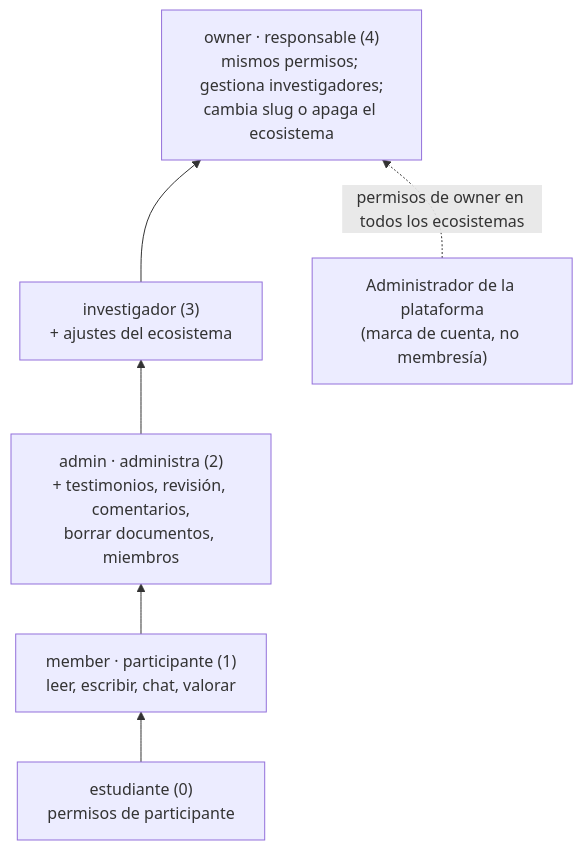
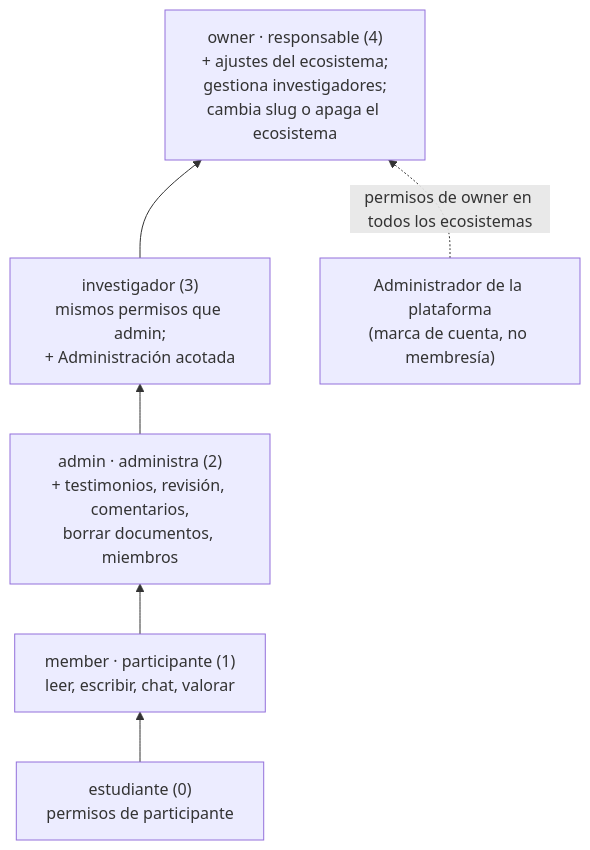
One commit to ecosistemas-de-conocimiento/ecosistemas-de-conocimiento changed the first of 2 diagrams in docs/02-requisitos/matriz-roles-y-permisos.md. Above: the diagram before and after it, drawn with Mermaid. The commit also changed other lines of this file and 8 other files, not shown here.

````diff
--- a/docs/02-requisitos/matriz-roles-y-permisos.md
+++ b/docs/02-requisitos/matriz-roles-y-permisos.md
@@ -44,8 +44,8 @@
 ```mermaid
 flowchart BT
   E["estudiante (0)<br/>permisos de participante"] --> M["member · participante (1)<br/>leer, escribir, chat, valorar"]
   M --> A["admin · administra (2)<br/>+ testimonios, revisión, comentarios,<br/>borrar documentos, miembros"]
-  A --> I["investigador (3)<br/>+ ajustes del ecosistema"]
-  I --> O["owner · responsable (4)<br/>mismos permisos; gestiona investigadores;<br/>cambia slug o apaga el ecosistema"]
+  A --> I["investigador (3)<br/>mismos permisos que admin;<br/>+ Administración acotada"]
+  I --> O["owner · responsable (4)<br/>+ ajustes del ecosistema;<br/>gestiona investigadores;<br/>cambia slug o apaga el ecosistema"]
   P["Administrador de la plataforma<br/>(marca de cuenta, no membresía)"] -.permisos de owner en todos los ecosistemas.-> O
 ```
````
